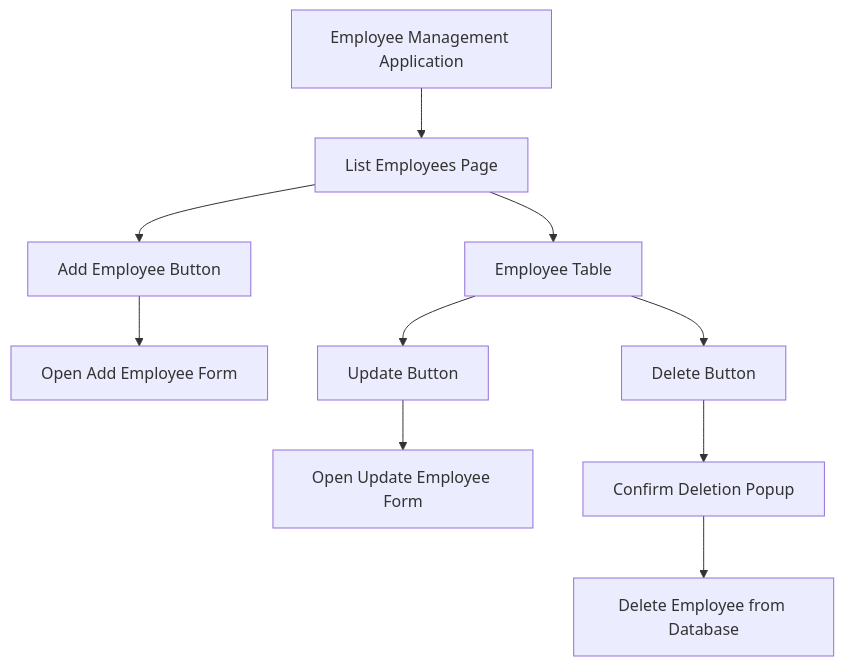
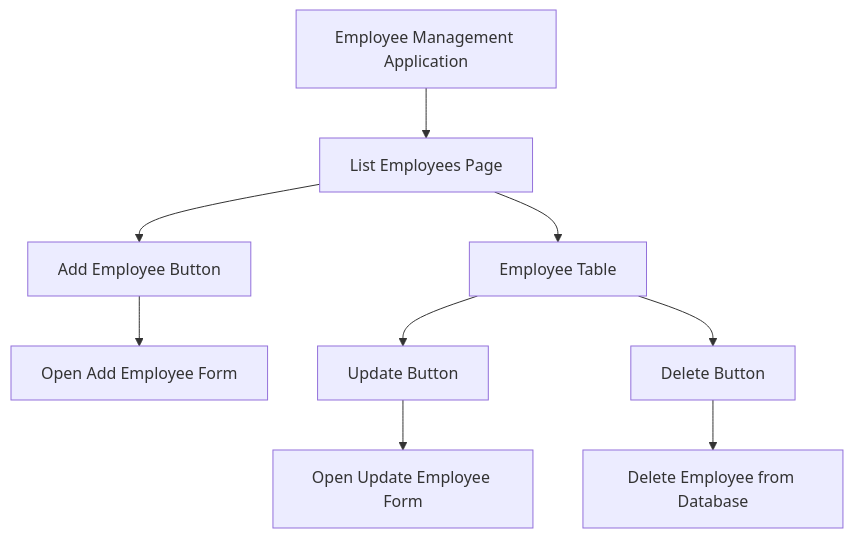
The second of 3 diagrams in 3-tier-application/README.md (Sruthi-22012002/Tomcat), drawn with Mermaid before and after one commit.

````diff
--- a/3-tier-application/README.md
+++ b/3-tier-application/README.md
@@ -43,14 +43,13 @@
 ```mermaid
 flowchart TD
     A[Employee Management Application] --> B[List Employees Page]
     B --> C[Add Employee Button]
     C --> D[Open Add Employee Form]
 
     B --> E[Employee Table]
     E --> F[Update Button]
     F --> G[Open Update Employee Form]
 
     E --> H[Delete Button]
-    H --> I[Confirm Deletion Popup]
-    I --> J[Delete Employee from Database]
+    H --> J[Delete Employee from Database]
 ```
````
